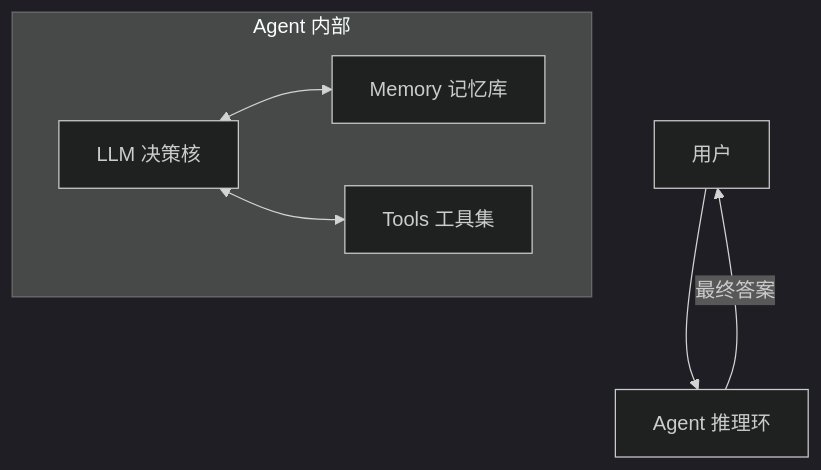
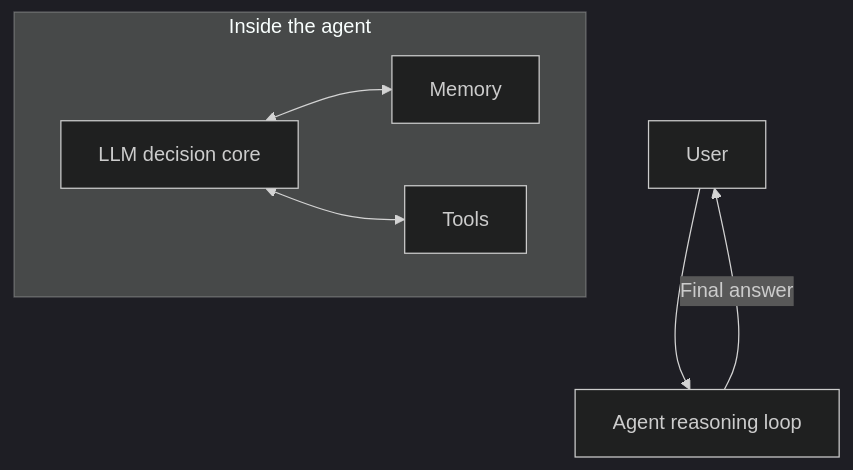
The first of 2 diagrams in content/post/2023-09-06-create-your-own-ai-agent-langgraph.md (yrong/notes), drawn with Mermaid (dark theme) before and after one commit. The commit also changed other lines of this file and 7 other files, not shown here.

````diff
--- a/content/post/2023-09-06-create-your-own-ai-agent-langgraph.md
+++ b/content/post/2023-09-06-create-your-own-ai-agent-langgraph.md
@@ -28,9 +30,9 @@
 ```mermaid
 graph TD
-    User[用户] --> Agent[Agent 推理环]
-    subgraph "Agent 内部"
-        LLM[LLM 决策核] <--> Memory[Memory 记忆库]
-        LLM <--> Tools[Tools 工具集]
+    User[User] --> Agent[Agent reasoning loop]
+    subgraph "Inside the agent"
+        LLM[LLM decision core] <--> Memory[Memory]
+        LLM <--> Tools[Tools]
     end
-    Agent -->|最终答案| User
+    Agent -->|Final answer| User
 ```
````
